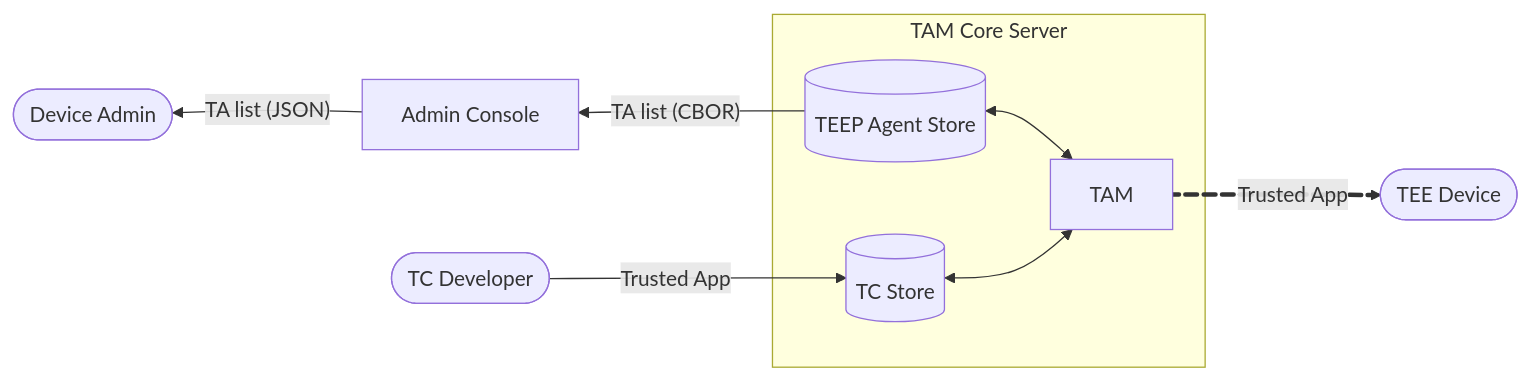
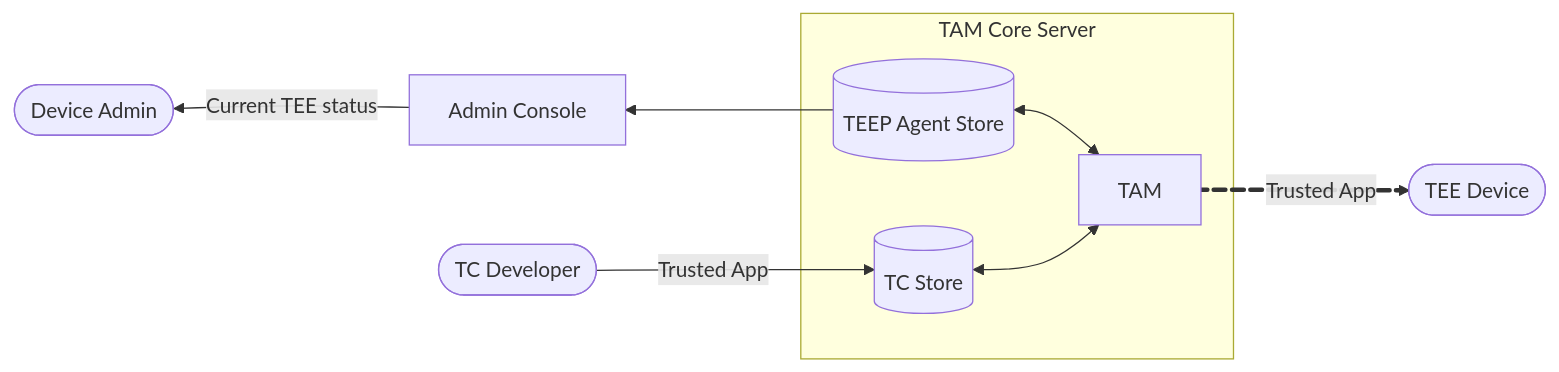
Before and after one commit to kentakayama/AttesTAM: the diagram in README.md, drawn with Mermaid.

Commit message:
update: core diagram

````diff
--- a/README.md
+++ b/README.md
@@ -18,23 +18,23 @@
 ```mermaid
 flowchart LR
     TCDeveloper([TC Developer]) -- Trusted App--> ManifestStore
 
     DeviceAdmin ~~~ BFF
-    BFF -- TA list (JSON) --> DeviceAdmin([Device Admin])
+    BFF -- Current TEE status --> DeviceAdmin([Device Admin])
     BFF ~~~ DeviceAdmin
 
     BFF[Admin Console] ~~~ AgentStore
-    AgentStore -- TA list (CBOR) --> BFF
+    AgentStore --> BFF
     AgentStore ~~~ BFF
 
     subgraph TAM Core Server
         TAM
         AgentStore[(TEEP Agent Store)] <--> TAM
         ManifestStore[(TC Store)] <--> TAM
     end
 
     TAM e1@== Trusted App ==> TEEPAgent
     e1@{ animate: true }
 
     TEEPAgent([TEE Device])
 ```
````
